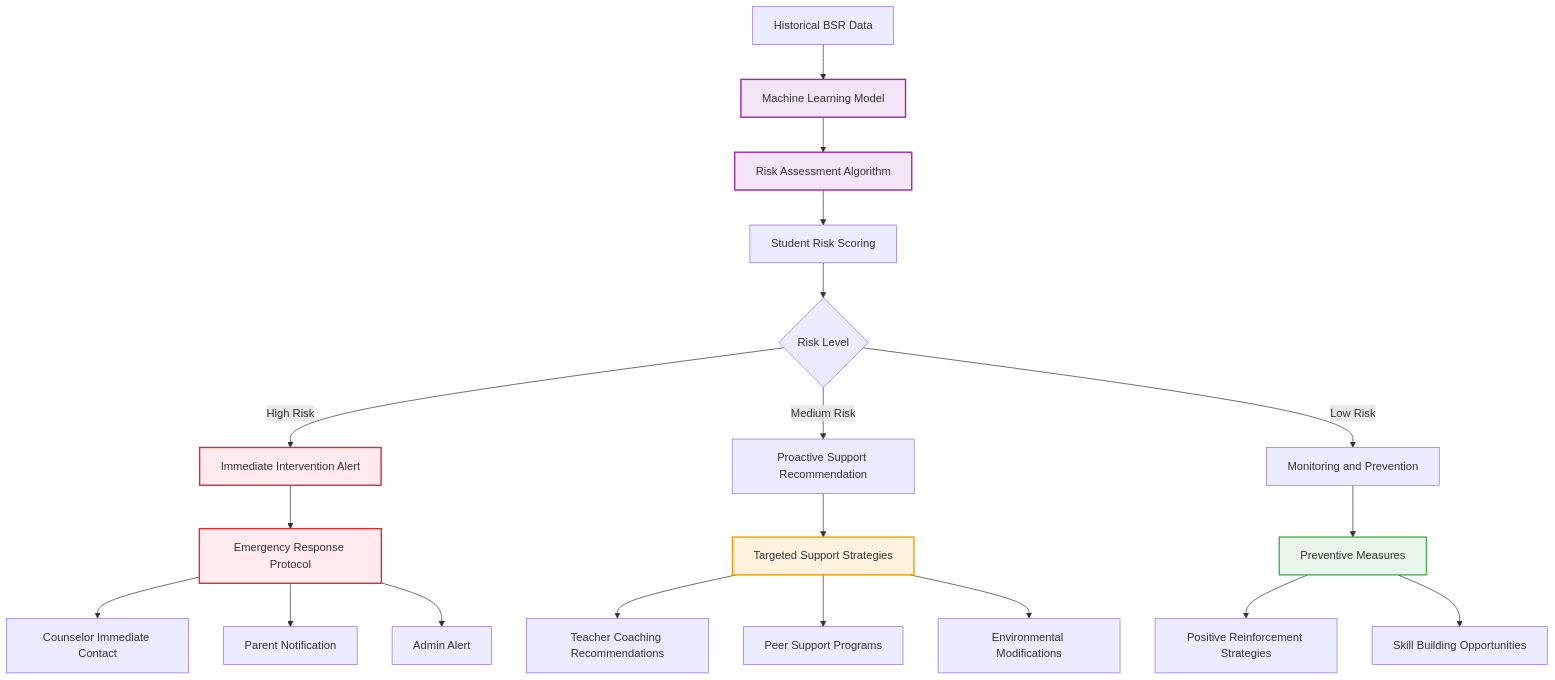
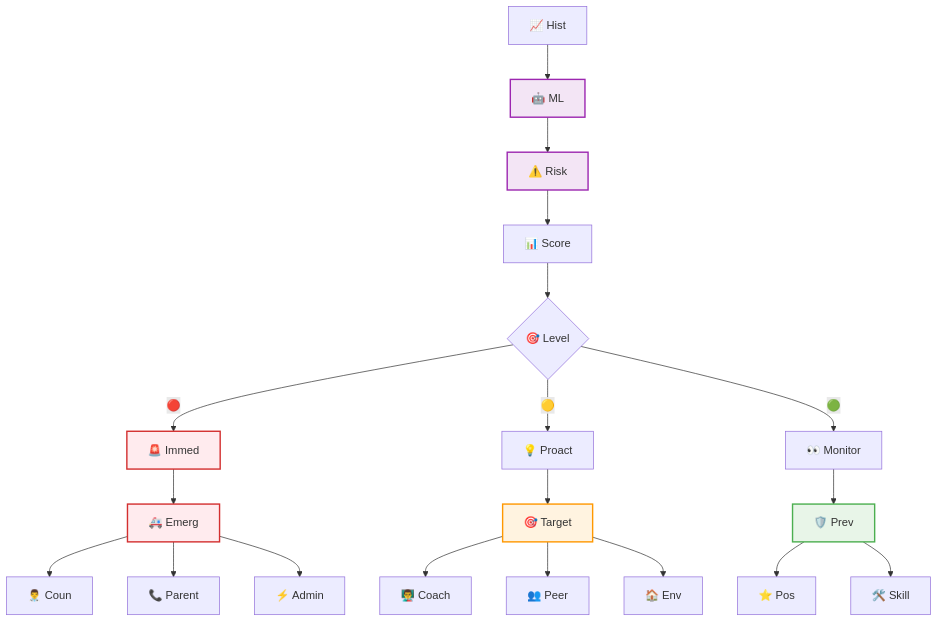
One commit to Splurfa/bx-os changed the second of 5 diagrams in docs/flowcharts/Future-Vision/10-behavior-analytics-enhancement.md. Above: the diagram before and after it, drawn with Mermaid. The commit also changed other lines of this file and 4 other files, not shown here.

Commit message:
Fix all flowchart text cutoff

````diff
--- a/docs/flowcharts/Future-Vision/10-behavior-analytics-enhancement.md
+++ b/docs/flowcharts/Future-Vision/10-behavior-analytics-enhancement.md
@@ -39,33 +58,33 @@
 ```mermaid
 flowchart TD
-    A[Historical BSR Data] --> B[Machine Learning Model]
-    B --> C[Risk Assessment Algorithm]
-    C --> D[Student Risk Scoring]
+    A[📈 Hist] --> B[🤖 ML]
+    B --> C[⚠️ Risk]
+    C --> D[📊 Score]
     
-    D --> E{Risk Level}
-    E -->|High Risk| F[Immediate Intervention Alert]
-    E -->|Medium Risk| G[Proactive Support Recommendation]
-    E -->|Low Risk| H[Monitoring and Prevention]
+    D --> E{🎯 Level}
+    E -->|🔴| F[🚨 Immed]
+    E -->|🟡| G[💡 Proact]
+    E -->|🟢| H[👀 Monitor]
     
-    F --> I[Emergency Response Protocol]
-    G --> J[Targeted Support Strategies]
-    H --> K[Preventive Measures]
+    F --> I[🚑 Emerg]
+    G --> J[🎯 Target]
+    H --> K[🛡️ Prev]
     
-    I --> L[Counselor Immediate Contact]
-    I --> M[Parent Notification]
-    I --> N[Admin Alert]
+    I --> L[👨‍⚕️ Coun]
+    I --> M[📞 Parent]
+    I --> N[⚡ Admin]
     
-    J --> O[Teacher Coaching Recommendations]
-    J --> P[Peer Support Programs]
-    J --> Q[Environmental Modifications]
+    J --> O[👨‍🏫 Coach]
+    J --> P[👥 Peer]
+    J --> Q[🏠 Env]
     
-    K --> R[Positive Reinforcement Strategies]
-    K --> S[Skill Building Opportunities]
+    K --> R[⭐ Pos]
+    K --> S[🛠️ Skill]
     
     style B fill:#f3e5f5,stroke:#9c27b0,stroke-width:2px
     style C fill:#f3e5f5,stroke:#9c27b0,stroke-width:2px
     style F fill:#ffebee,stroke:#d32f2f,stroke-width:2px
     style I fill:#ffebee,stroke:#d32f2f,stroke-width:2px
     style J fill:#fff3e0,stroke:#ff9800,stroke-width:2px
     style K fill:#e8f5e8,stroke:#4caf50,stroke-width:2px
 ```
````
